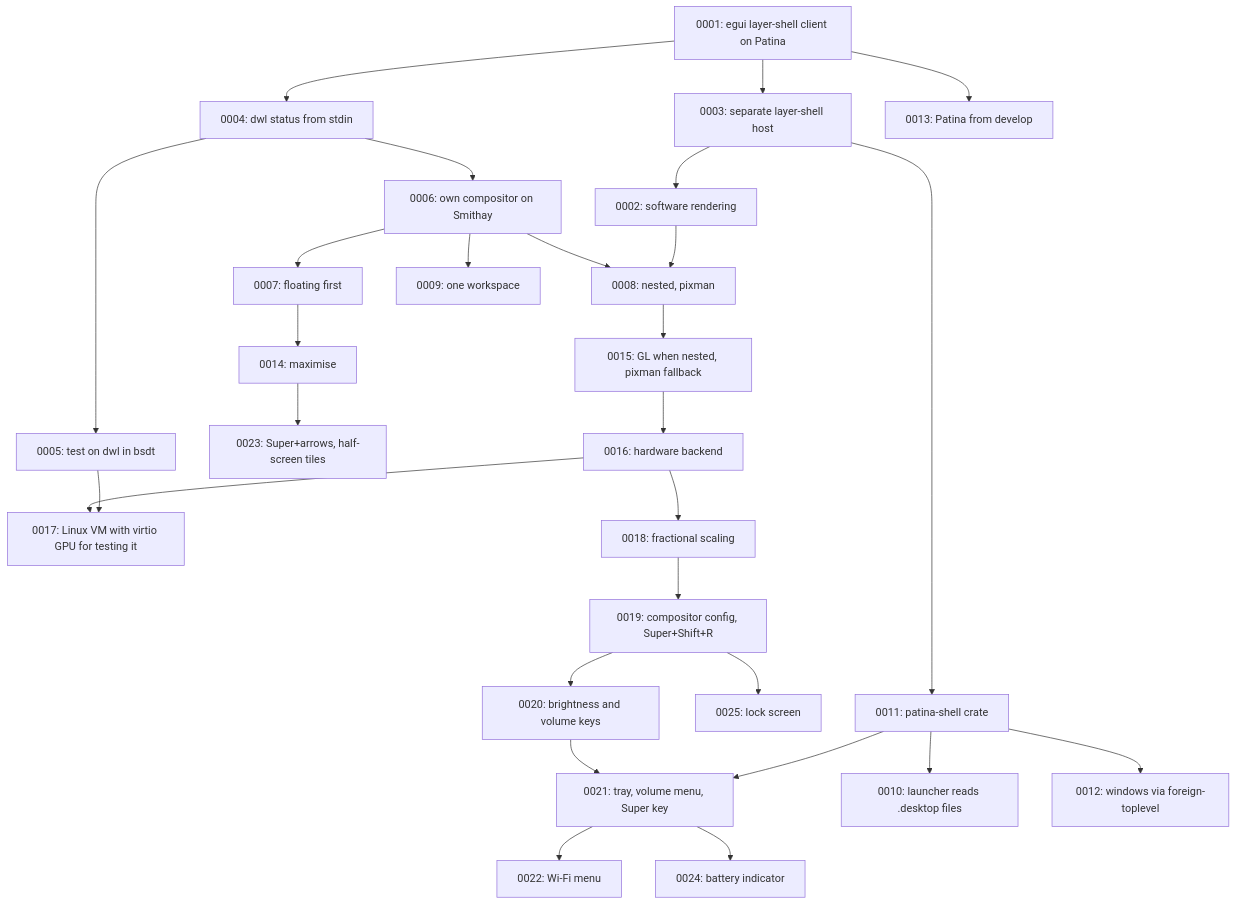
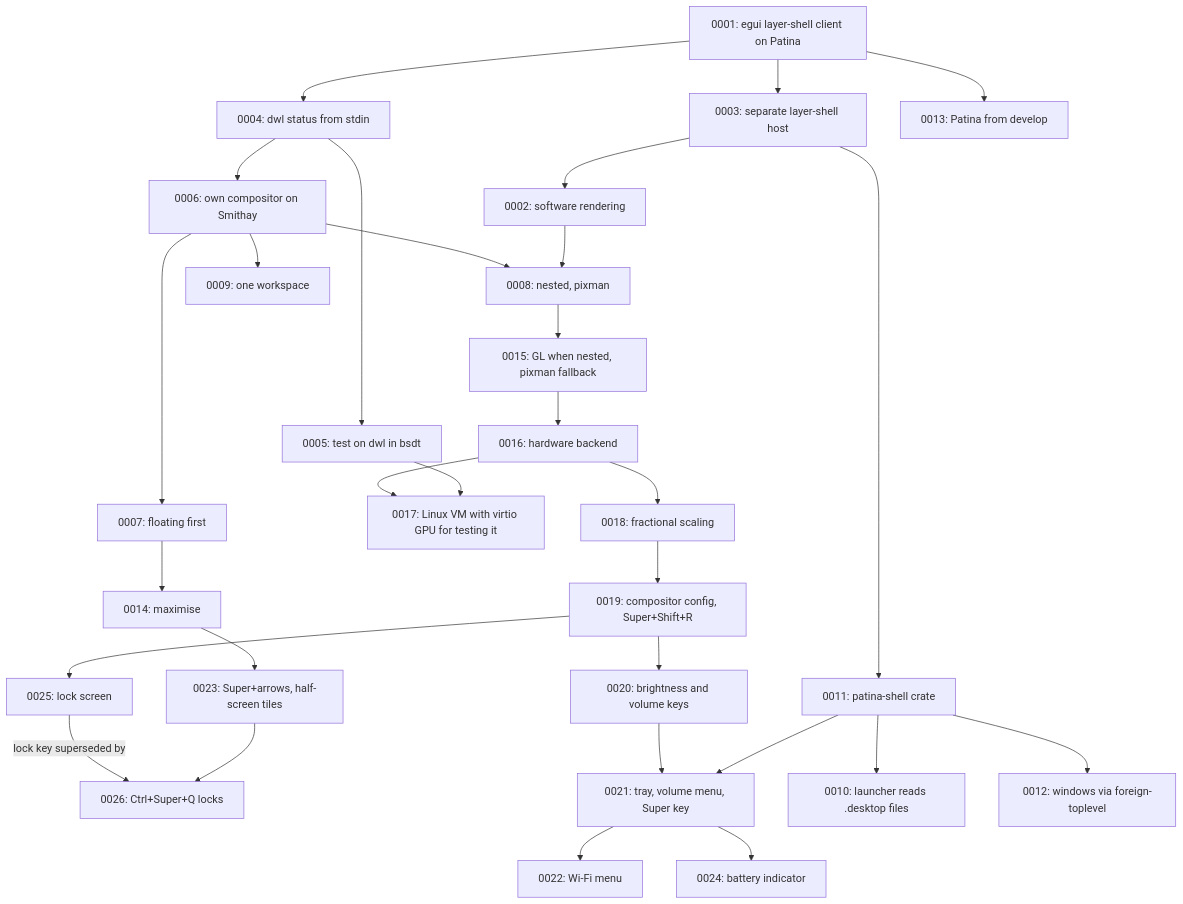
One commit to Sector-F-Labs/patina-desktop changed the diagram in docs/adr/README.md. Above: the diagram before and after it, drawn with Mermaid. The commit also changed other lines of this file and 8 other files, not shown here.

First line of the commit message:
Lock with Ctrl+Super+Q, the Mac shortcut; Super+L tiles right again

````diff
--- a/docs/adr/README.md
+++ b/docs/adr/README.md
@@ -73,30 +74,32 @@
 ```mermaid
 flowchart TD
     A[0001: egui layer-shell client on Patina] --> B[0003: separate layer-shell host]
     B --> C[0002: software rendering]
     A --> D[0004: dwl status from stdin]
     D --> E[0005: test on dwl in bsdt]
     D --> F[0006: own compositor on Smithay]
     F --> G[0007: floating first]
     G --> N[0014: maximise]
     N --> W[0023: Super+arrows, half-screen tiles]
     F --> H[0008: nested, pixman]
     H --> O[0015: GL when nested, pixman fallback]
     O --> P[0016: hardware backend]
     P --> Q[0017: Linux VM with virtio GPU for testing it]
     P --> R[0018: fractional scaling]
     R --> S[0019: compositor config, Super+Shift+R]
     S --> T[0020: brightness and volume keys]
     S --> Y[0025: lock screen]
+    Y -->|lock key superseded by| Z[0026: Ctrl+Super+Q locks]
+    W --> Z
     T --> U[0021: tray, volume menu, Super key]
     U --> V[0022: Wi-Fi menu]
     U --> X[0024: battery indicator]
     K --> U
     E --> Q
     C --> H
     F --> I[0009: one workspace]
     B --> K[0011: patina-shell crate]
     K --> J[0010: launcher reads .desktop files]
     K --> L[0012: windows via foreign-toplevel]
     A --> M[0013: Patina from develop]
 ```
````
